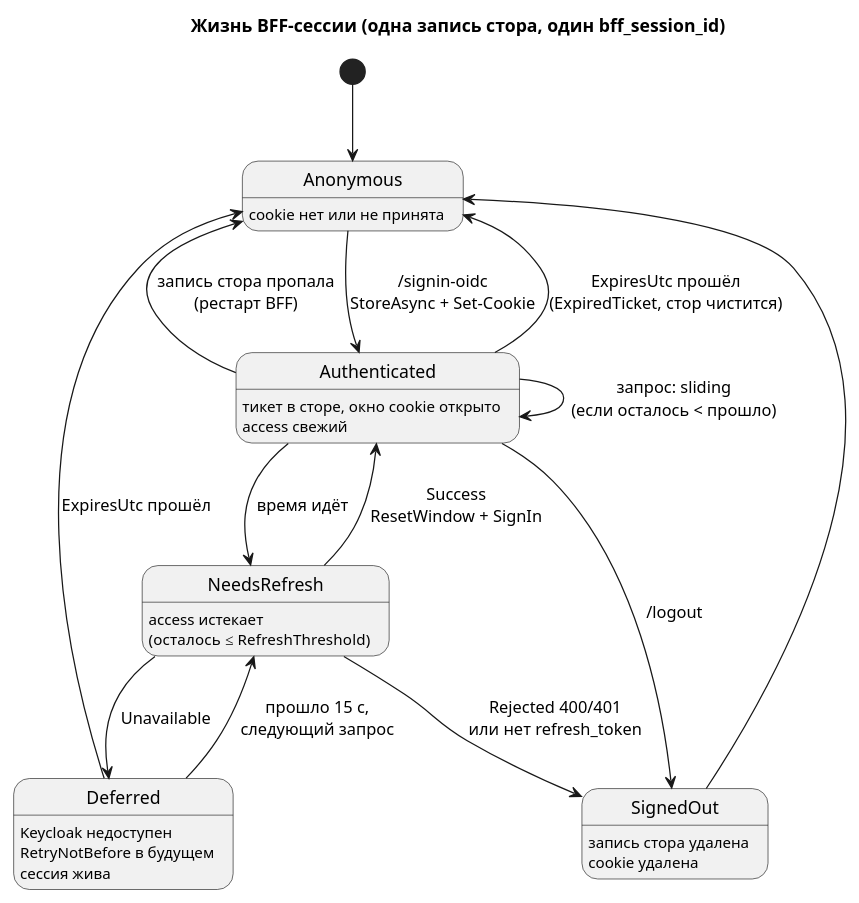
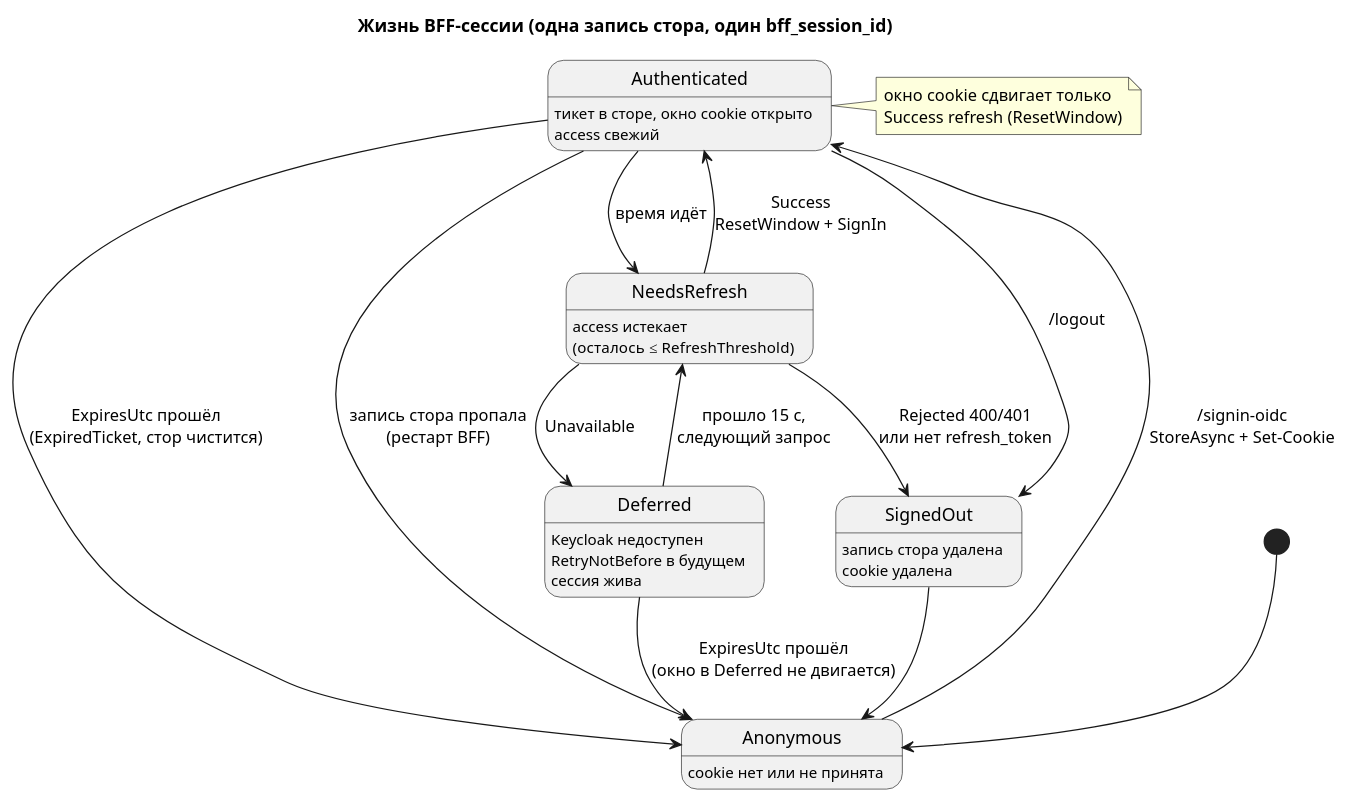
Before and after one commit to itacademy-edms-team/24_3_DNDE: the diagram in RecallApp/docs/diagrams/bff-session - 07 жизнь сессии.puml, drawn with PlantUML. The commit also changed 5 other files, not shown here.

```diff
--- a/RecallApp/docs/diagrams/bff-session - 07 жизнь сессии.puml
+++ b/RecallApp/docs/diagrams/bff-session - 07 жизнь сессии.puml
@@ -1,28 +1,28 @@
 @startuml bff-session-07-жизнь-сессии
 title Жизнь BFF-сессии (одна запись стора, один bff_session_id)
 
 skinparam shadowing false
 hide empty description
 
 [*] --> Anonymous
 
 state Anonymous : cookie нет или не принята
 state Authenticated : тикет в сторе, окно cookie открыто\naccess свежий
 state NeedsRefresh : access истекает\n(осталось ≤ RefreshThreshold)
 state Deferred : Keycloak недоступен\nRetryNotBefore в будущем\nсессия жива
 state SignedOut : запись стора удалена\ncookie удалена
 
 Anonymous --> Authenticated : /signin-oidc\nStoreAsync + Set-Cookie
-Authenticated --> Authenticated : запрос: sliding\n(если осталось < прошло)
 Authenticated --> NeedsRefresh : время идёт
 NeedsRefresh --> Authenticated : Success\nResetWindow + SignIn
 NeedsRefresh --> Deferred : Unavailable
 Deferred --> NeedsRefresh : прошло 15 с,\nследующий запрос
 NeedsRefresh --> SignedOut : Rejected 400/401\nили нет refresh_token
 Authenticated --> SignedOut : /logout
 Authenticated --> Anonymous : ExpiresUtc прошёл\n(ExpiredTicket, стор чистится)
-Deferred --> Anonymous : ExpiresUtc прошёл
+Deferred --> Anonymous : ExpiresUtc прошёл\n(окно в Deferred не двигается)
+note right of Authenticated : окно cookie сдвигает только\nSuccess refresh (ResetWindow)
 Authenticated --> Anonymous : запись стора пропала\n(рестарт BFF)
 SignedOut --> Anonymous
 
 @enduml
```
